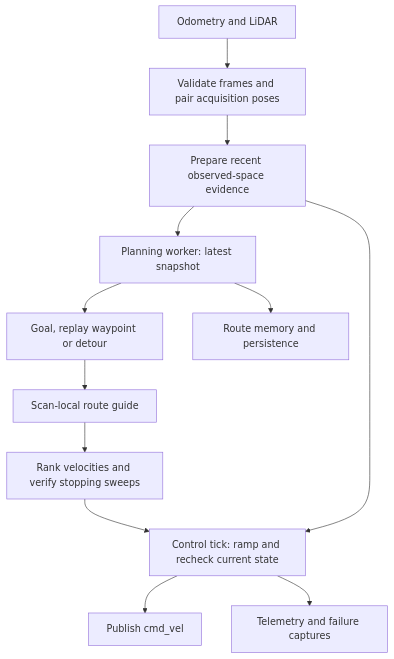
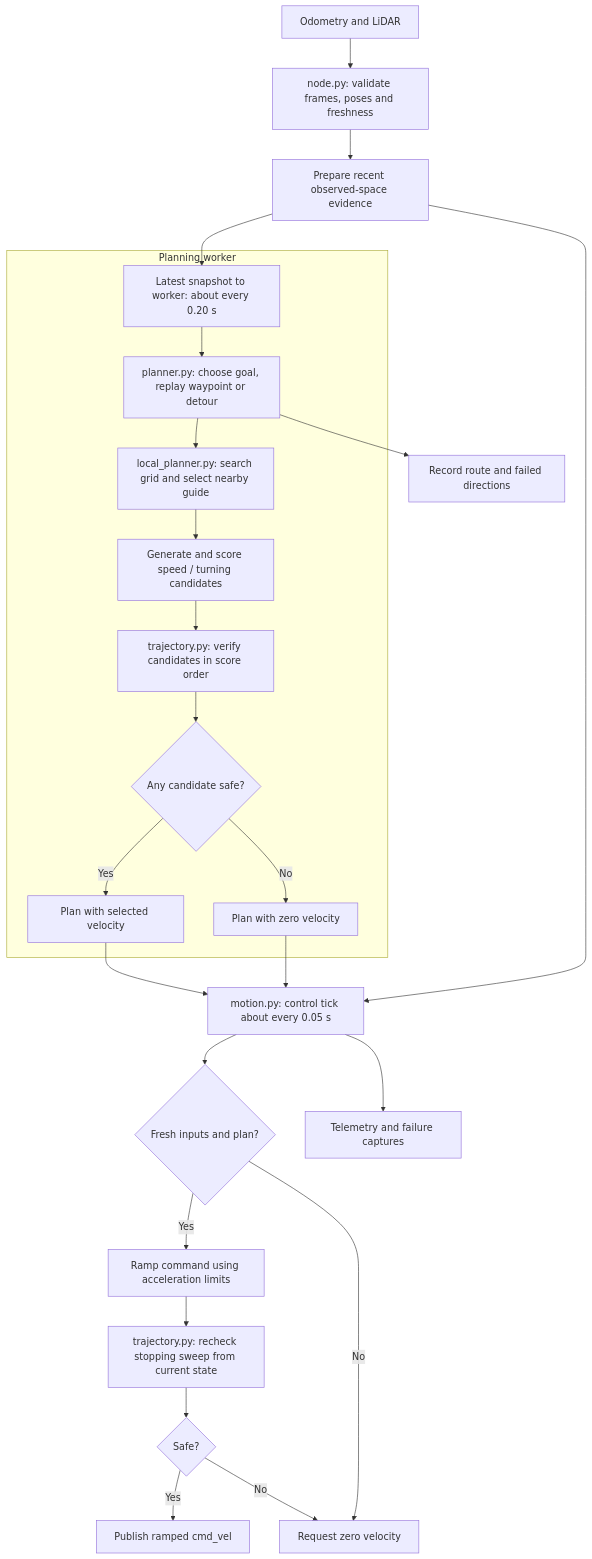
Before and after one commit to DJPark1213/Autonomous_Mobile_Robot_Lab: the diagram in amr_ws/src/py_amr_ttb/py_amr_ttb/lab3/README.md, drawn with Mermaid. The commit also changed other lines of this file, not shown here.

Commit message:
docs: explain Lab 3 planning and motion control

````diff
--- a/amr_ws/src/py_amr_ttb/py_amr_ttb/lab3/README.md
+++ b/amr_ws/src/py_amr_ttb/py_amr_ttb/lab3/README.md
@@ -55,14 +55,27 @@
 ```mermaid
 flowchart TD
-  S[Odometry and LiDAR] --> N[Validate frames and pair acquisition poses]
+  S[Odometry and LiDAR] --> N[node.py: validate frames, poses and freshness]
   N --> C[Prepare recent observed-space evidence]
-  C --> W[Planning worker: latest snapshot]
-  W --> O[Goal, replay waypoint or detour]
-  O --> G[Scan-local route guide]
-  G --> V[Rank velocities and verify stopping sweeps]
-  V --> M[Control tick: ramp and recheck current state]
-  C --> M
-  M --> P[Publish cmd_vel]
-  W --> R[Route memory and persistence]
+  C --> W[Latest snapshot to worker: about every 0.20 s]
+  subgraph Planning[Planning worker]
+    W --> O[planner.py: choose goal, replay waypoint or detour]
+    O --> G[local_planner.py: search grid and select nearby guide]
+    G --> V[Generate and score speed / turning candidates]
+    V --> T[trajectory.py: verify candidates in score order]
+    T --> Q{Any candidate safe?}
+    Q -->|Yes| B[Plan with selected velocity]
+    Q -->|No| Z[Plan with zero velocity]
+  end
+  B --> M
+  Z --> M
+  C --> M[motion.py: control tick about every 0.05 s]
+  M --> F{Fresh inputs and plan?}
+  F -->|Yes| A[Ramp command using acceleration limits]
+  A --> E[trajectory.py: recheck stopping sweep from current state]
+  E --> H{Safe?}
+  H -->|Yes| P[Publish ramped cmd_vel]
+  H -->|No| STOP[Request zero velocity]
+  F -->|No| STOP
+  O --> R[Record route and failed directions]
   M --> L[Telemetry and failure captures]
 ```
````
